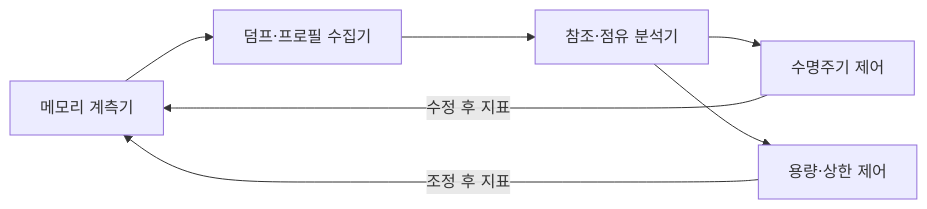
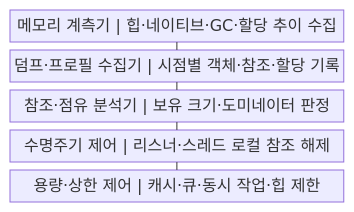
The first of 2 diagrams in src/content/docs/notes/03-software/211_memory_leak_heap_overflow.md (agnusdei1207/knowledge-base), drawn with Mermaid before and after one commit. The commit also changed other lines of this file and 20 other files, not shown here.

````diff
--- a/src/content/docs/notes/03-software/211_memory_leak_heap_overflow.md
+++ b/src/content/docs/notes/03-software/211_memory_leak_heap_overflow.md
@@ -52,9 +52,13 @@
 ```mermaid
-flowchart LR
-    T["메모리 계측기"] --> C["덤프·프로필 수집기"]
-    C --> A["참조·점유 분석기"]
-    A --> L["수명주기 제어"]
-    A --> B["용량·상한 제어"]
-    L -->|수정 후 지표| T
-    B -->|조정 후 지표| T
+block
+    columns 1
+    A["메모리 계측기 | 힙·네이티브·GC·할당 추이 수집"]
+    B["덤프·프로필 수집기 | 시점별 객체·참조·할당 기록"]
+    C["참조·점유 분석기 | 보유 크기·도미네이터 판정"]
+    D["수명주기 제어 | 리스너·스레드 로컬 참조 해제"]
+    E["용량·상한 제어 | 캐시·큐·동시 작업·힙 제한"]
+    A --- B
+    B --- C
+    C --- D
+    D --- E
 ```
````
